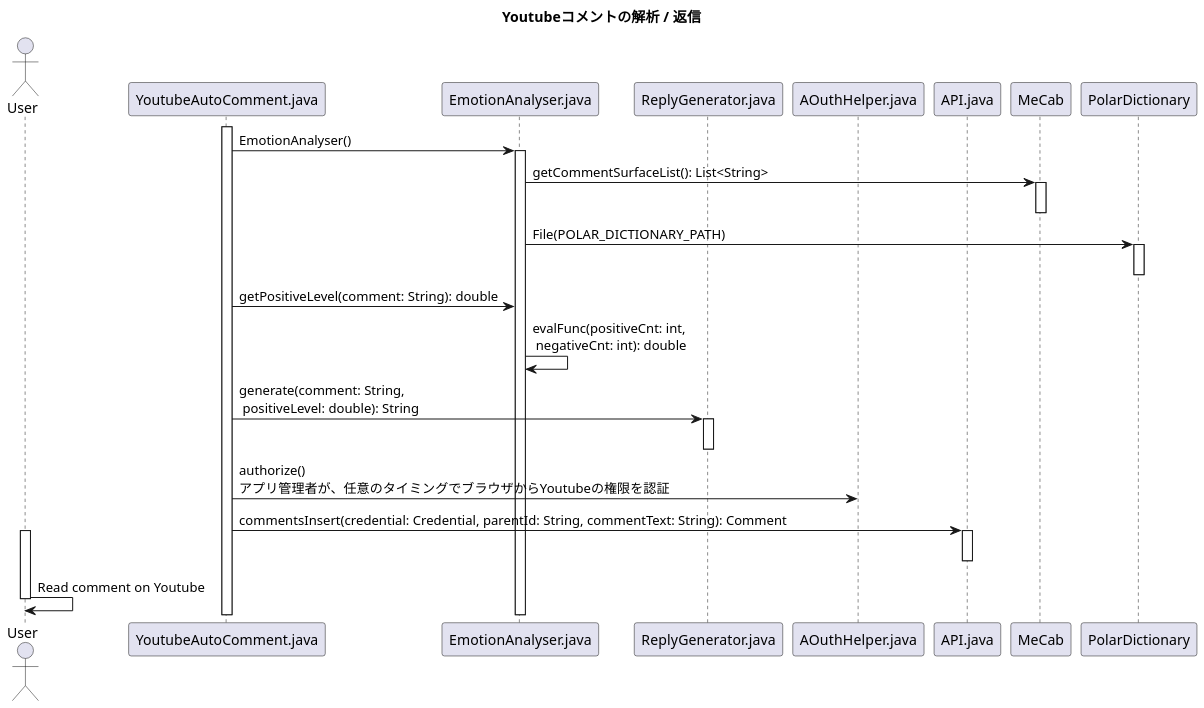
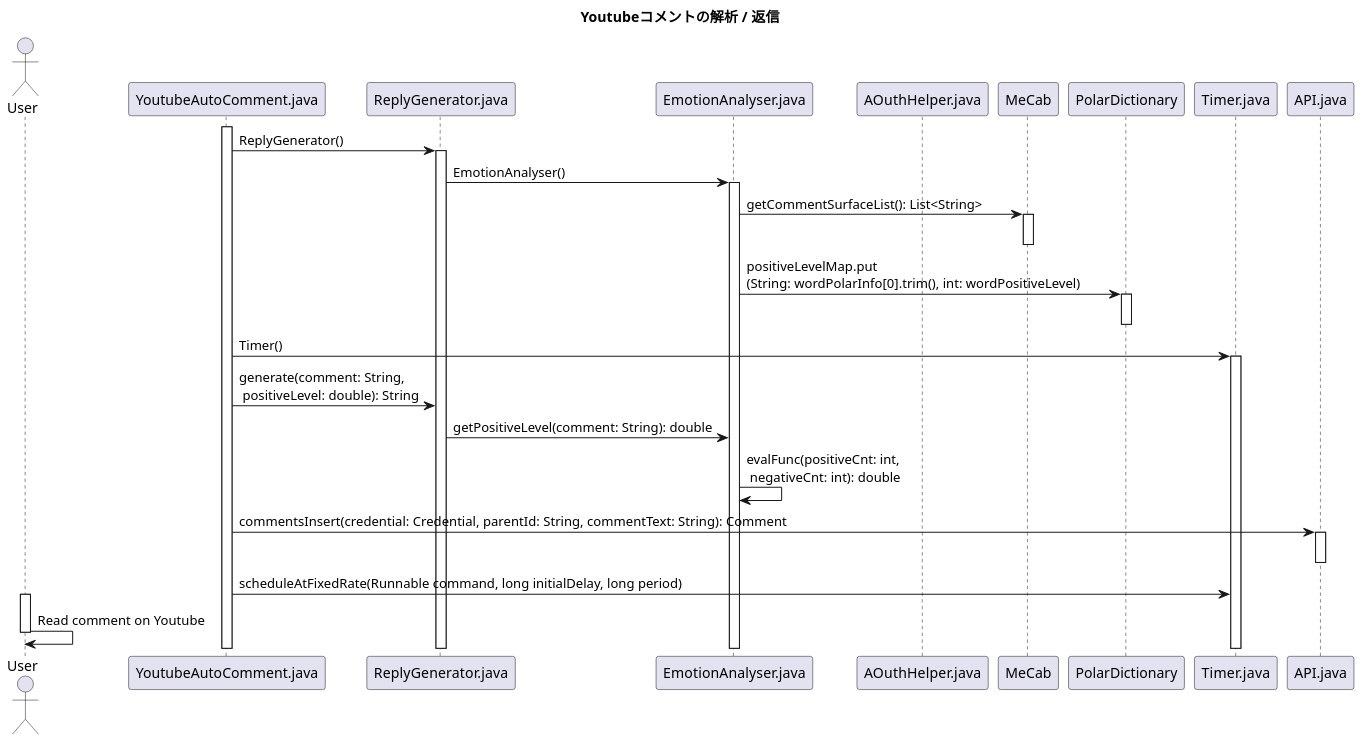
One commit to KataokaNagi/YoutubeAutoComment changed the diagram in uml/YoutubeAutoComment_SequenceDiagram_CommentAnalyser.pu. Above: the diagram before and after it, drawn with PlantUML. The commit also changed 3 other files, not shown here.

```diff
--- a/uml/YoutubeAutoComment_SequenceDiagram_CommentAnalyser.pu
+++ b/uml/YoutubeAutoComment_SequenceDiagram_CommentAnalyser.pu
@@ -13,69 +13,83 @@
 @startuml out/SequenceDiagram_CommentAnalyser.png
 scale 1.5
 skinparam DefaultFontName メイリオ
 ' 可視性の変更
 skinparam classAttributeIconSize 0
 
 ''''''''''''''''''''''''''''''''''''''''''''''''''
 
 title
 **Youtubeコメントの解析 / 返信**
 end title
 
 ''''''''''''''''''''''''''''''''''''''''''''''''''''''''''''''''''''''''''''''''
 
 actor User
 participant YoutubeAutoComment.java
+participant ReplyGenerator.java
 participant EmotionAnalyser.java
-participant ReplyGenerator.java
 participant AOuthHelper.java
-participant API.java
 participant MeCab
 participant PolarDictionary
+participant Timer.java
+participant API.java
 
 ''''''''''''''''''''''''''''''''''''''''''''''''''''''''''''''''''''''''''''''''
 activate YoutubeAutoComment.java
-YoutubeAutoComment.java -> EmotionAnalyser.java: EmotionAnalyser()
+YoutubeAutoComment.java -> ReplyGenerator.java: ReplyGenerator()
+activate ReplyGenerator.java
+
+''''''''''''''''''''''''''''''''''''''''''''''''''
+
+ReplyGenerator.java -> EmotionAnalyser.java: EmotionAnalyser()
 activate EmotionAnalyser.java
 
 ''''''''''''''''''''''''''''''''''''''''''''''''''
 
 EmotionAnalyser.java -> MeCab: getCommentSurfaceList(): List<String> 
 ' EmotionAnalyser.java -> MeCab: exec(String: mecabCommand): Process
 activate MeCab
 deactivate MeCab
 
 ''''''''''''''''''''''''''''''''''''''''''''''''''
 
-EmotionAnalyser.java -> PolarDictionary: File(POLAR_DICTIONARY_PATH)
+EmotionAnalyser.java -> PolarDictionary: positiveLevelMap.put\n(String: wordPolarInfo[0].trim(), int: wordPositiveLevel)
 activate PolarDictionary
 deactivate PolarDictionary
 
 ''''''''''''''''''''''''''''''''''''''''''''''''''
 
-YoutubeAutoComment.java -> EmotionAnalyser.java: getPositiveLevel(comment: String): double
-EmotionAnalyser.java -> EmotionAnalyser.java: evalFunc(positiveCnt: int,\n negativeCnt: int): double
+YoutubeAutoComment.java -> Timer.java: Timer()
+activate Timer.java
 
 ''''''''''''''''''''''''''''''''''''''''''''''''''
 
 YoutubeAutoComment.java -> ReplyGenerator.java: generate(comment: String,\n positiveLevel: double): String
-activate ReplyGenerator.java
-deactivate ReplyGenerator.java
 
 ''''''''''''''''''''''''''''''''''''''''''''''''''
 
-YoutubeAutoComment.java -> AOuthHelper.java: authorize()\nアプリ管理者が、任意のタイミングでブラウザからYoutubeの権限を認証
+ReplyGenerator.java -> EmotionAnalyser.java: getPositiveLevel(comment: String): double
+EmotionAnalyser.java -> EmotionAnalyser.java: evalFunc(positiveCnt: int,\n negativeCnt: int): double
+
+
+''''''''''''''''''''''''''''''''''''''''''''''''''
+
+' YoutubeAutoComment.java -> AOuthHelper.java: authorize()\nアプリ管理者が、任意のタイミングでブラウザからYoutubeの権限を認証
 
 ''''''''''''''''''''''''''''''''''''''''''''''''''
 
 YoutubeAutoComment.java -> API.java:  commentsInsert(credential: Credential, parentId: String, commentText: String): Comment
 activate API.java
 deactivate API.java
 
 ''''''''''''''''''''''''''''''''''''''''''''''''''
 
+YoutubeAutoComment.java -> Timer.java: scheduleAtFixedRate(Runnable command, long initialDelay, long period)
+
+''''''''''''''''''''''''''''''''''''''''''''''''''
+
 activate User
 User -> User: Read comment on Youtube
 deactivate User
 
 @enduml
```
